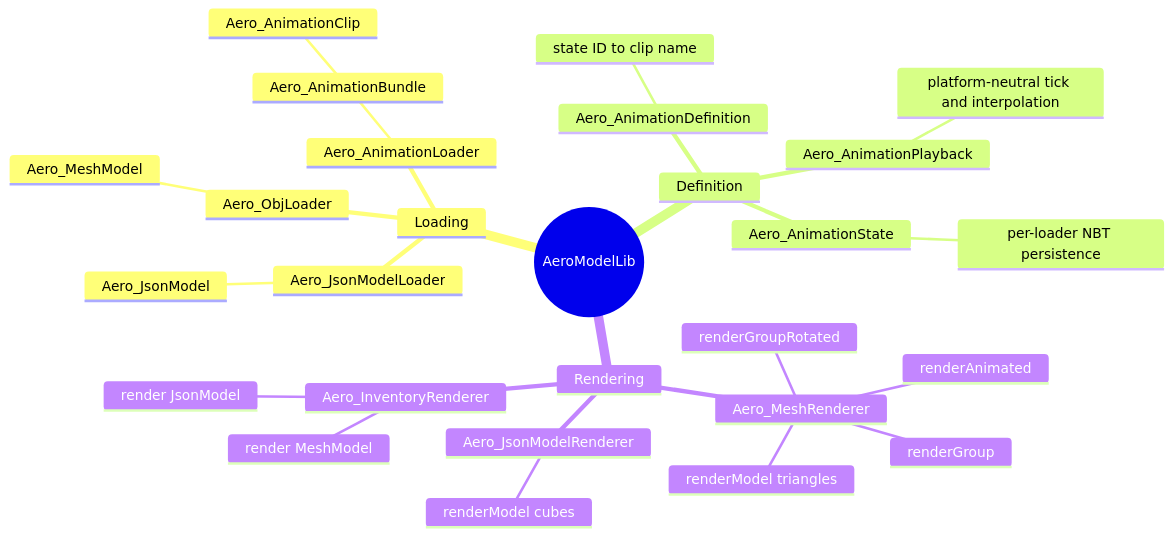
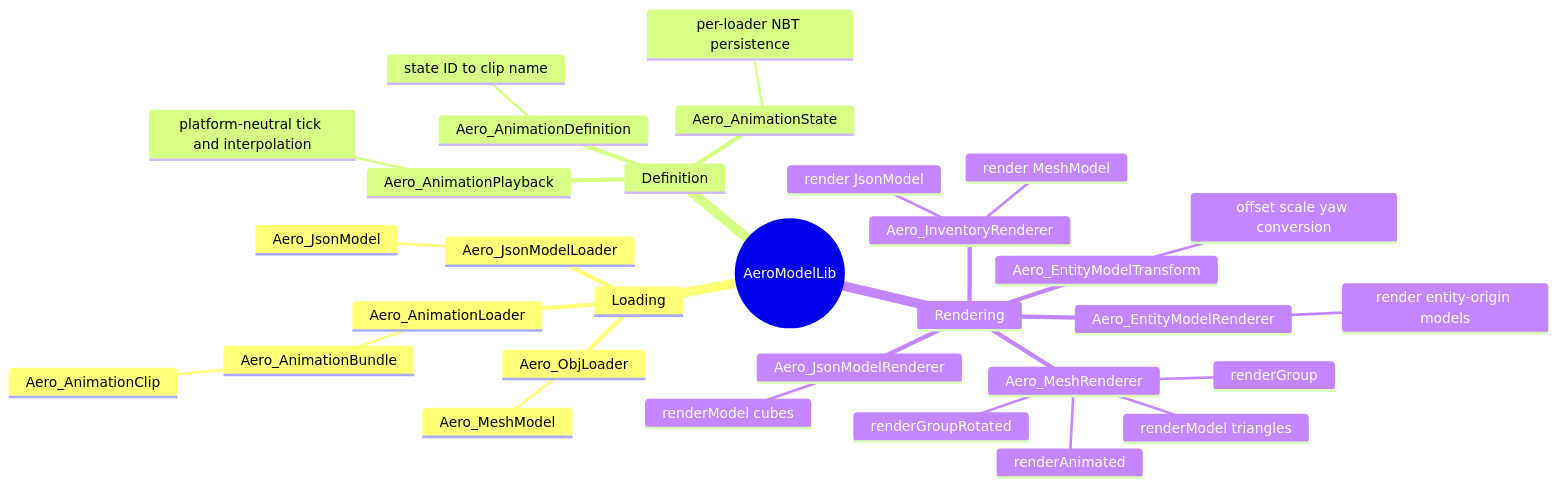
Before and after one commit to lucasrgt/aero-model-lib: the first of 7 diagrams in DOC.md, drawn with Mermaid. The commit also changed other lines of this file and 13 other files, not shown here.

Commit message:
feat: add entity model renderer helpers

````diff
--- a/DOC.md
+++ b/DOC.md
@@ -86,30 +113,34 @@
 ```mermaid
 mindmap
   root((AeroModelLib))
     Loading
       Aero_JsonModelLoader
         Aero_JsonModel
       Aero_ObjLoader
         Aero_MeshModel
       Aero_AnimationLoader
         Aero_AnimationBundle
           Aero_AnimationClip
     Definition
       Aero_AnimationDefinition
         state ID to clip name
       Aero_AnimationPlayback
         platform-neutral tick and interpolation
       Aero_AnimationState
         per-loader NBT persistence
     Rendering
       Aero_JsonModelRenderer
         renderModel cubes
       Aero_MeshRenderer
         renderModel triangles
         renderAnimated
         renderGroup
         renderGroupRotated
+      Aero_EntityModelRenderer
+        render entity-origin models
+      Aero_EntityModelTransform
+        offset scale yaw conversion
       Aero_InventoryRenderer
         render JsonModel
         render MeshModel
 ```
````
